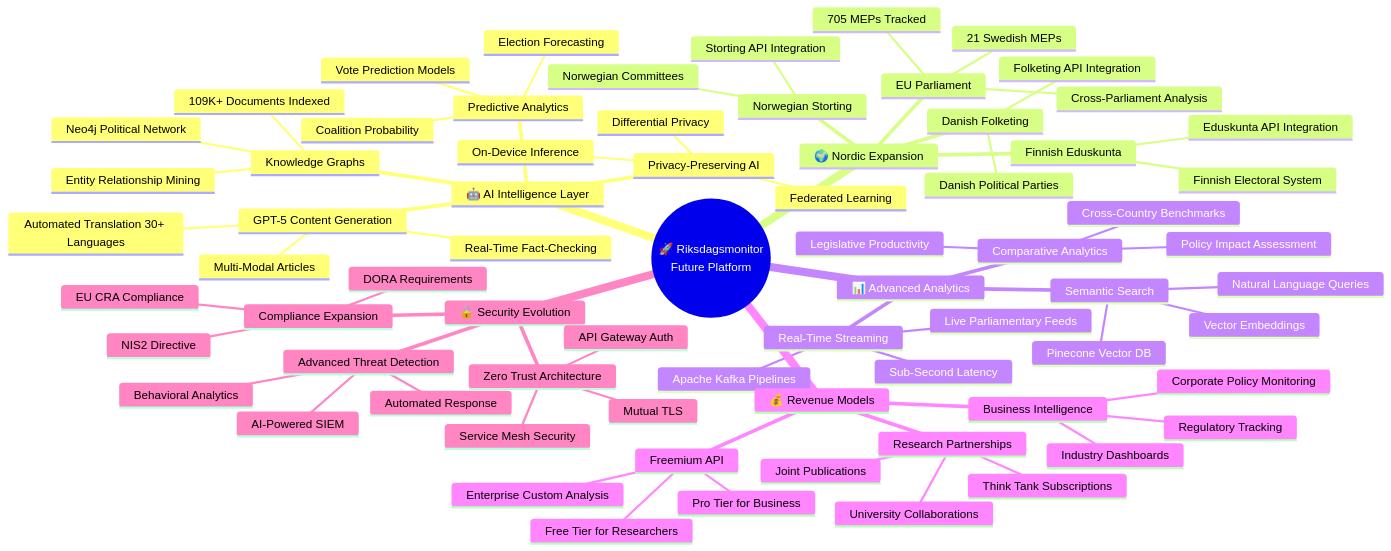
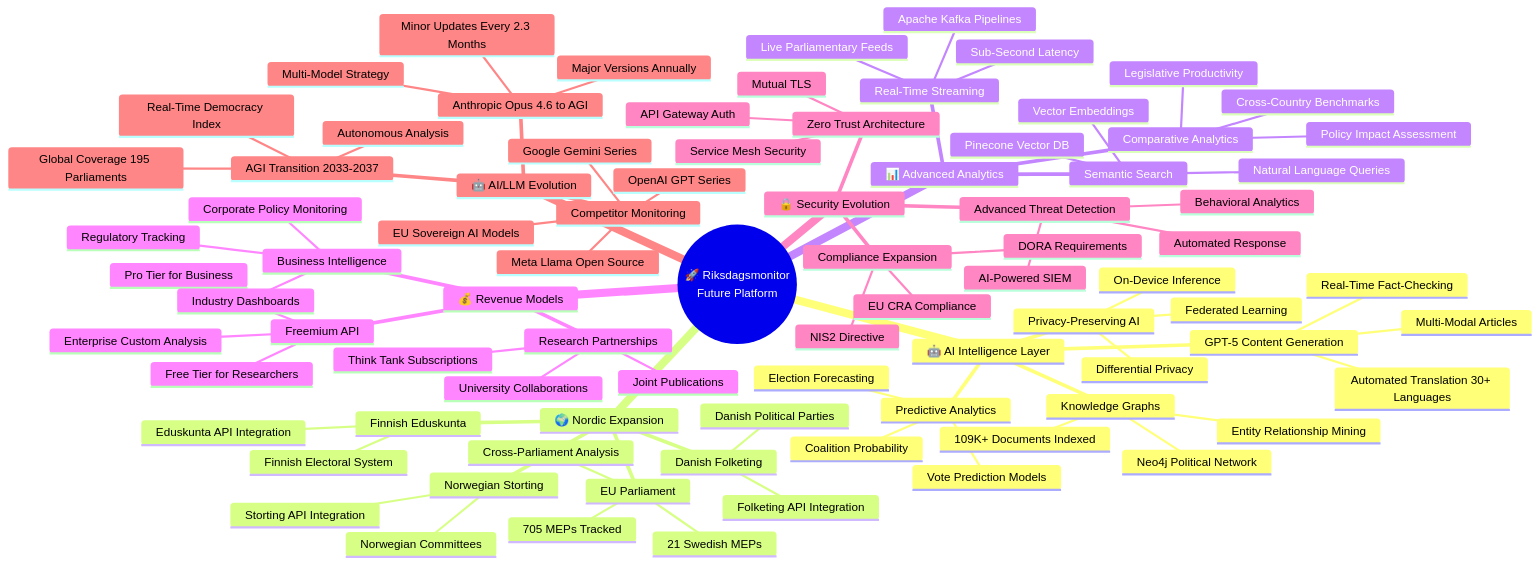
The first of 4 diagrams in FUTURE_MINDMAP.md (Hack23/riksdagsmonitor), drawn with Mermaid before and after one commit. The commit also changed other lines of this file, not shown here.

First line of the commit message:
Extend FUTURE_MINDMAP.md roadmap horizon to 2037 with AI/LLM evolution

````diff
--- a/FUTURE_MINDMAP.md
+++ b/FUTURE_MINDMAP.md
@@ -123,4 +123,18 @@
         EU CRA Compliance
         NIS2 Directive
         DORA Requirements
+    🤖 AI/LLM Evolution
+      Anthropic Opus 4.6 to AGI
+        Minor Updates Every 2.3 Months
+        Major Versions Annually
+        Multi-Model Strategy
+      Competitor Monitoring
+        OpenAI GPT Series
+        Google Gemini Series
+        Meta Llama Open Source
+        EU Sovereign AI Models
+      AGI Transition 2033-2037
+        Autonomous Analysis
+        Global Coverage 195 Parliaments
+        Real-Time Democracy Index
 ```
````
